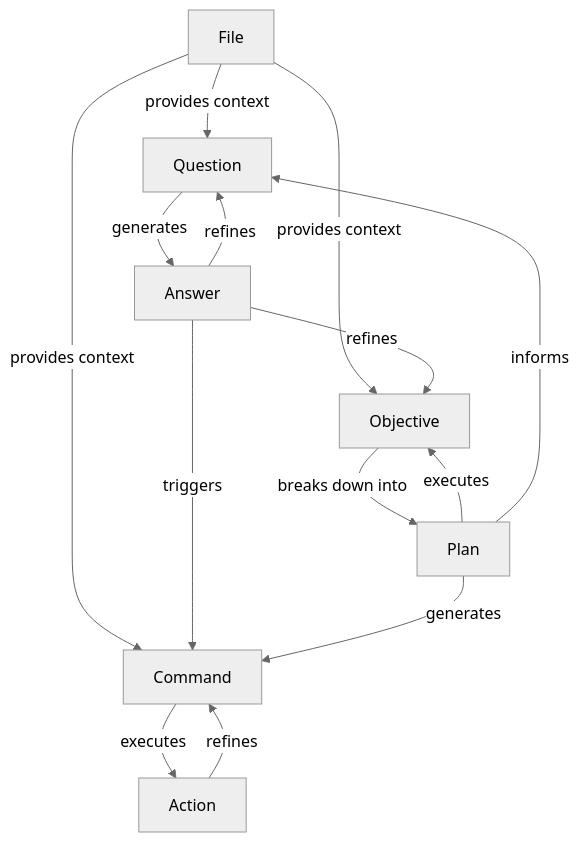
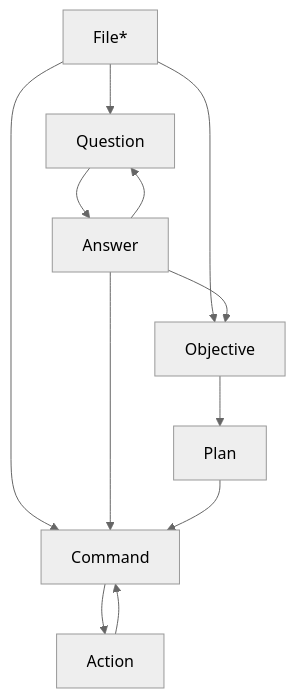
Before and after one commit to agabor/minicmd: the diagram in README.md, drawn with Mermaid (neutral theme).

Commit message:
simplify diagram

````diff
--- a/README.md
+++ b/README.md
@@ -164,16 +164,14 @@
 ```mermaid
 graph TD
-    File -->|provides context| Question
-    File -->|provides context| Command
-    File -->|provides context| Objective
-    Question -->|generates| Answer
-    Answer -->|refines| Question
-    Answer -->|triggers| Command
-    Answer -->|refines| Objective
-    Command -->|executes| Action
-    Action -->|refines| Command
-    Objective -->|breaks down into| Plan
-    Plan -->|executes| Objective
-    Plan -->|informs| Question
-    Plan -->|generates| Command
+    File* --> Question
+    File* --> Command
+    File* --> Objective
+    Question --> Answer
+    Answer --> Question
+    Answer --> Command
+    Answer --> Objective
+    Command --> Action
+    Action --> Command
+    Objective --> Plan
+    Plan --> Command
 ```
````
